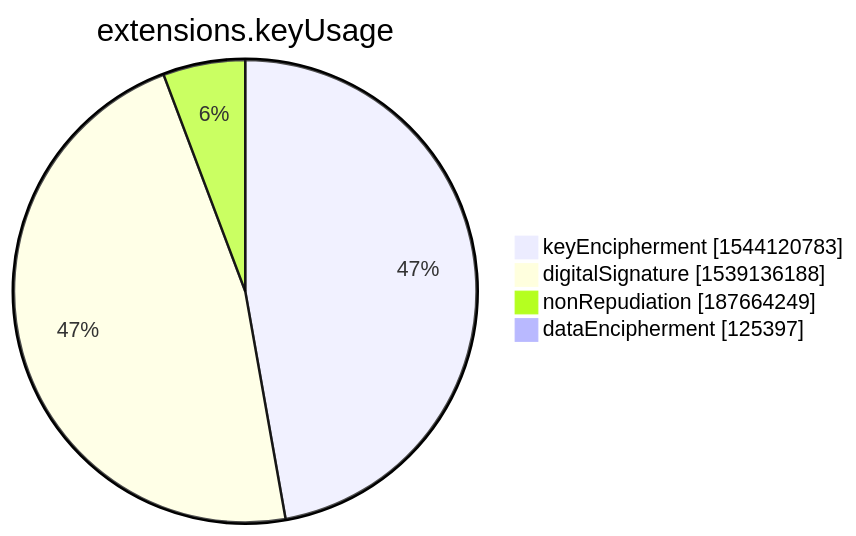
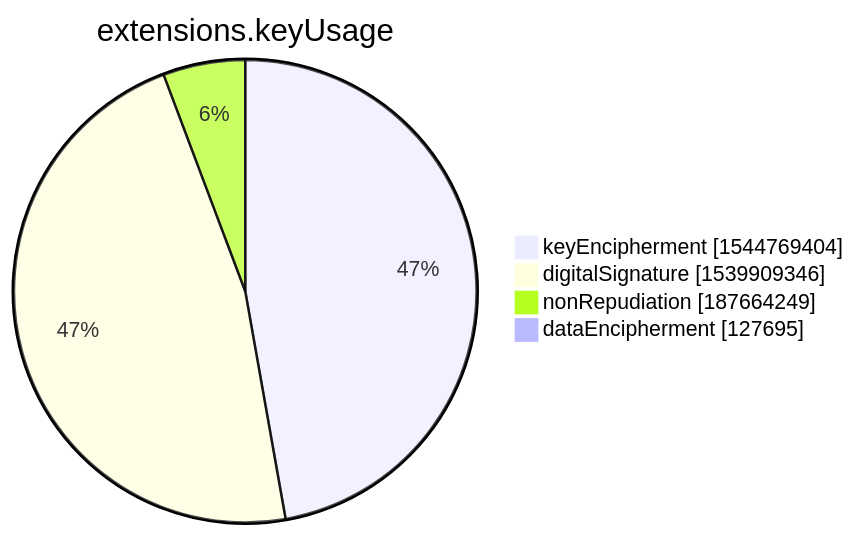
The seventh of 15 diagrams in xenon2022/README.md (christiankrug/ctmonitor_visualization), drawn with Mermaid before and after one commit. The commit also changed other lines of this file, not shown here.

````diff
--- a/xenon2022/README.md
+++ b/xenon2022/README.md
@@ -2851,8 +2851,8 @@
 ```mermaid
 pie showData
 title extensions.keyUsage
-"keyEncipherment" :1544120783
-"digitalSignature" :1539136188
+"keyEncipherment" :1544769404
+"digitalSignature" :1539909346
 "nonRepudiation" :187664249
-"dataEncipherment" :125397
+"dataEncipherment" :127695
 ```
````
